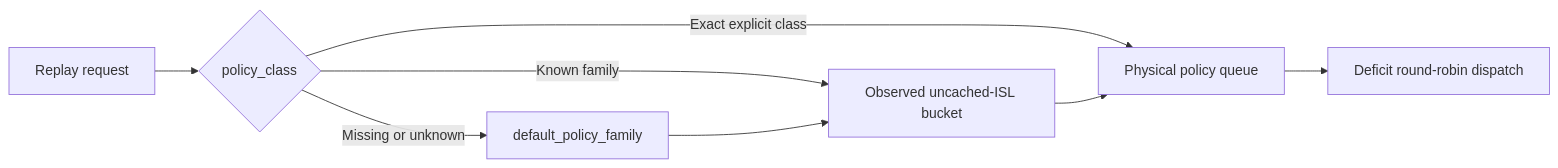
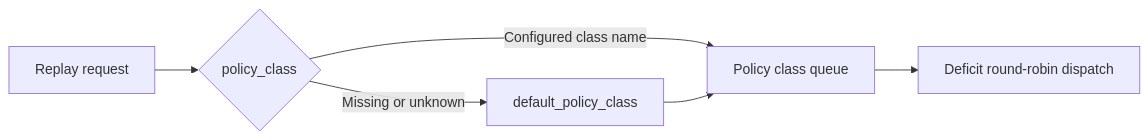
Before and after one commit to ai-dynamo/dynamo: the fourth of 4 diagrams in docs/fern/pages/developer-guide/knowledge-base/concepts/simulation/dynosim-architecture.md, drawn with Mermaid. The commit also changed other lines of this file and 20 other files, not shown here.

````diff
--- a/docs/fern/pages/developer-guide/knowledge-base/concepts/simulation/dynosim-architecture.md
+++ b/docs/fern/pages/developer-guide/knowledge-base/concepts/simulation/dynosim-architecture.md
@@ -111,10 +111,8 @@
 ```mermaid
 flowchart LR
     R["Replay request"] --> C{"policy_class"}
-    C -->|Exact explicit class| Q["Physical policy queue"]
-    C -->|Known family| B["Observed uncached-ISL bucket"]
-    C -->|Missing or unknown| F["default_policy_family"]
-    F --> B
-    B --> Q
+    C -->|Configured class name| Q["Policy class queue"]
+    C -->|Missing or unknown| F["default_policy_class"]
+    F --> Q
     Q --> D["Deficit round-robin dispatch"]
 ```
````
